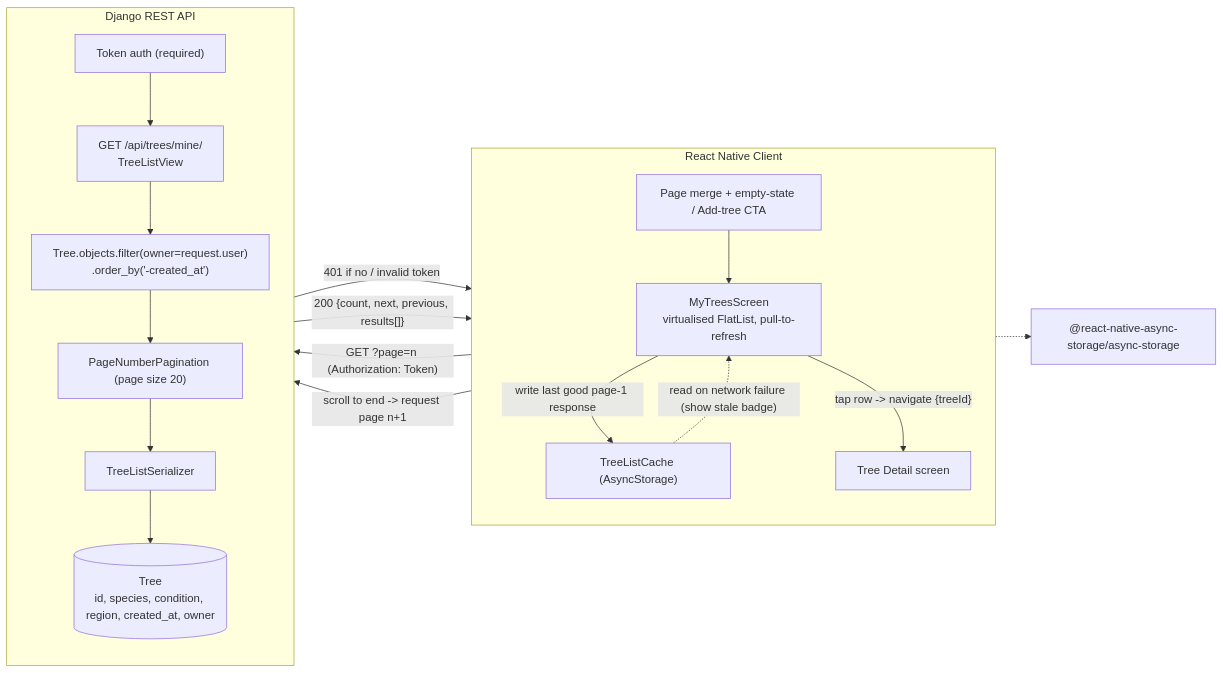
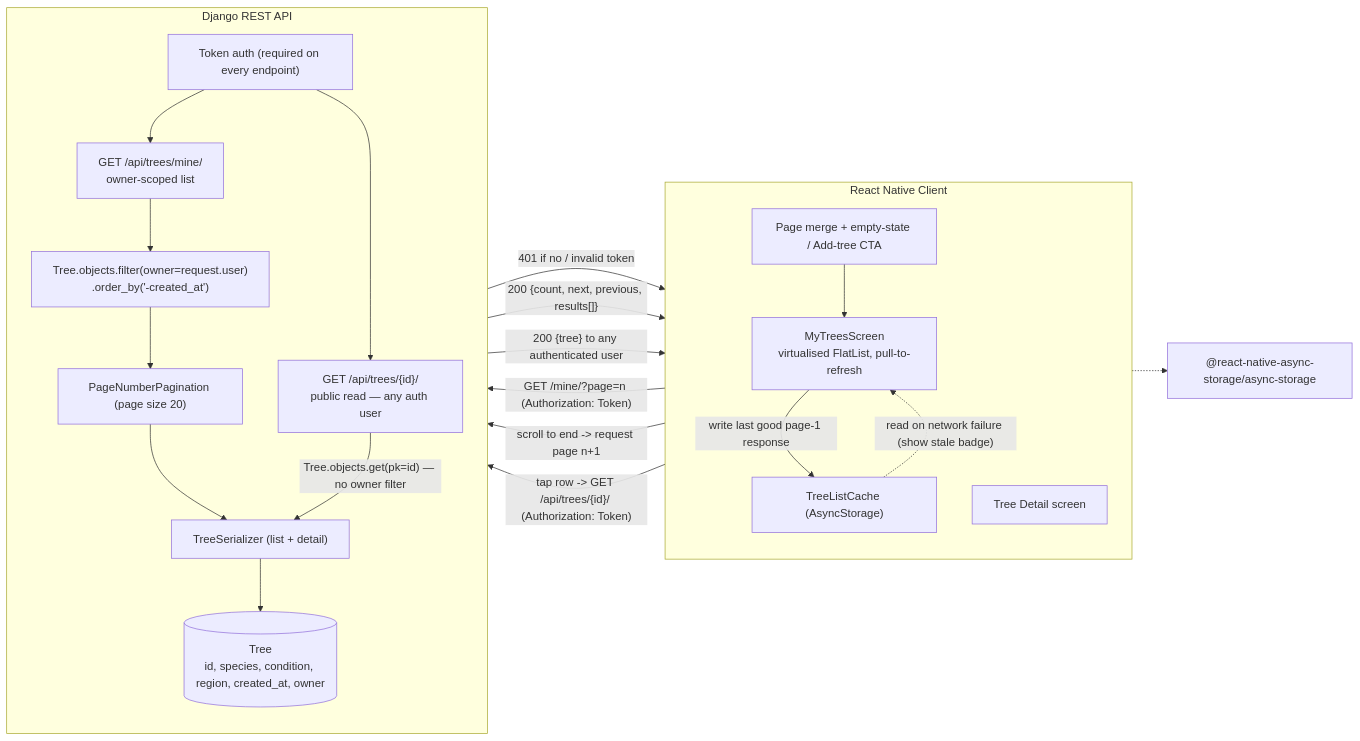
The second of 2 diagrams in Phase 1/03-system-design.md (batcsg1/rakau), drawn with Mermaid before and after one commit. The commit also changed other lines of this file and 1 other file, not shown here.

Commit message:
chore: added feature of user being able to view every tree, but not edit or delete trees other than their own

````diff
--- a/Phase 1/03-system-design.md
+++ b/Phase 1/03-system-design.md
@@ -105,37 +105,41 @@
 ```mermaid
 flowchart LR
     subgraph Client["React Native Client"]
         direction TB
         Screen["MyTreesScreen<br/>virtualised FlatList, pull-to-refresh"]
         Merge["Page merge + empty-state / Add-tree CTA"]
         Cache["TreeListCache (AsyncStorage)"]
         Detail["Tree Detail screen"]
     end
 
     subgraph API["Django REST API"]
         direction TB
-        Auth["Token auth (required)"]
-        ListView["GET /api/trees/mine/<br/>TreeListView"]
+        Auth["Token auth (required on every endpoint)"]
+        ListView["GET /api/trees/mine/<br/>owner-scoped list"]
         QS["Tree.objects.filter(owner=request.user)<br/>.order_by('-created_at')"]
         Pager["PageNumberPagination (page size 20)"]
-        Serializer["TreeListSerializer"]
+        DetailView["GET /api/trees/{id}/<br/>public read — any auth user"]
+        Serializer["TreeSerializer (list + detail)"]
         TreeModel[("Tree<br/>id, species, condition, region, created_at, owner")]
     end
 
     AS["@react-native-async-storage/async-storage"]
 
-    Screen -- "GET ?page=n (Authorization: Token)" --> Auth
+    Screen -- "GET /mine/?page=n (Authorization: Token)" --> Auth
     Auth -- "401 if no / invalid token" --> Screen
     Auth --> ListView
     ListView --> QS
     QS --> Pager
     Pager --> Serializer
     Serializer --> TreeModel
     ListView -- "200 {count, next, previous, results[]}" --> Merge
     Merge --> Screen
     Screen -- "write last good page-1 response" --> Cache
     Cache -. "read on network failure (show stale badge)" .-> Screen
     Screen -- "scroll to end -> request page n+1" --> Auth
-    Screen -- "tap row -> navigate {treeId}" --> Detail
+    Screen -- "tap row -> GET /api/trees/{id}/ (Authorization: Token)" --> Auth
+    Auth --> DetailView
+    DetailView -- "Tree.objects.get(pk=id) — no owner filter" --> Serializer
+    DetailView -- "200 {tree} to any authenticated user" --> Detail
     Cache -.-> AS
 ```
````
